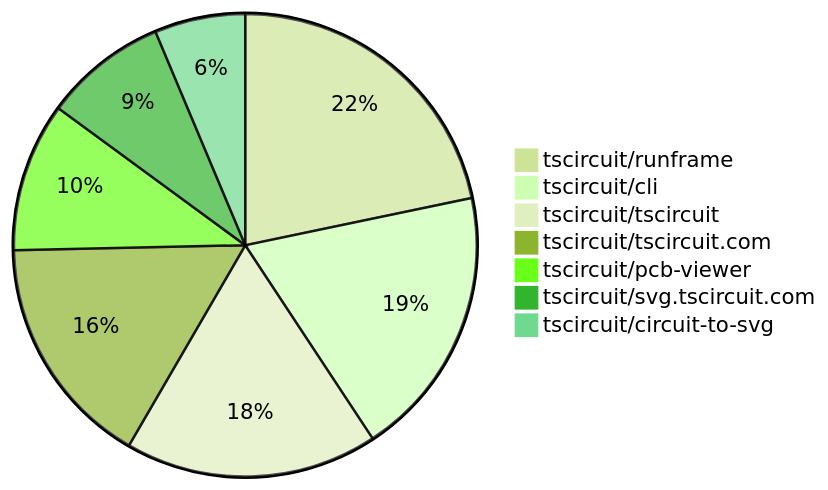
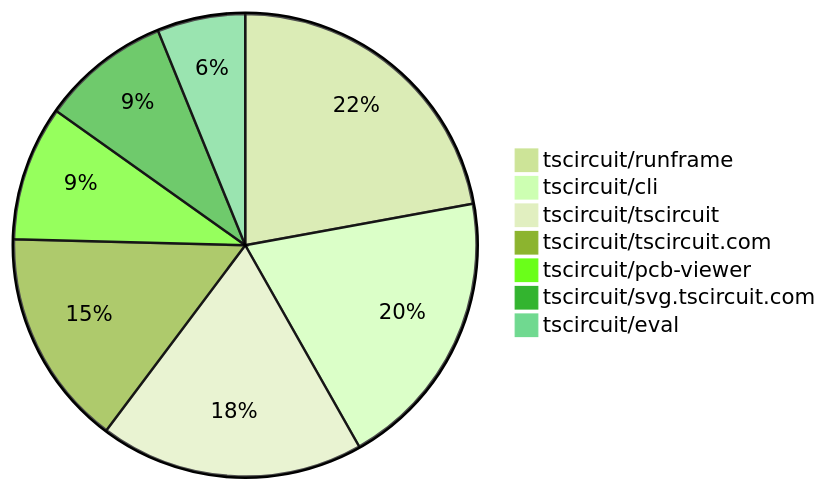
The second of 2 diagrams in README.md (tscircuit/contribution-tracker), drawn with Mermaid (forest theme) before and after one commit. The commit also changed other lines of this file and 3 other files, not shown here.

````diff
--- a/README.md
+++ b/README.md
@@ -125,10 +130,10 @@
 ```mermaid
 pie
-    "tscircuit/runframe" : 48
-    "tscircuit/cli" : 42
-    "tscircuit/tscircuit" : 39
-    "tscircuit/tscircuit.com" : 36
+    "tscircuit/runframe" : 54
+    "tscircuit/cli" : 48
+    "tscircuit/tscircuit" : 45
+    "tscircuit/tscircuit.com" : 37
     "tscircuit/pcb-viewer" : 23
-    "tscircuit/svg.tscircuit.com" : 19
-    "tscircuit/circuit-to-svg" : 14
+    "tscircuit/svg.tscircuit.com" : 22
+    "tscircuit/eval" : 15
 ```
````
